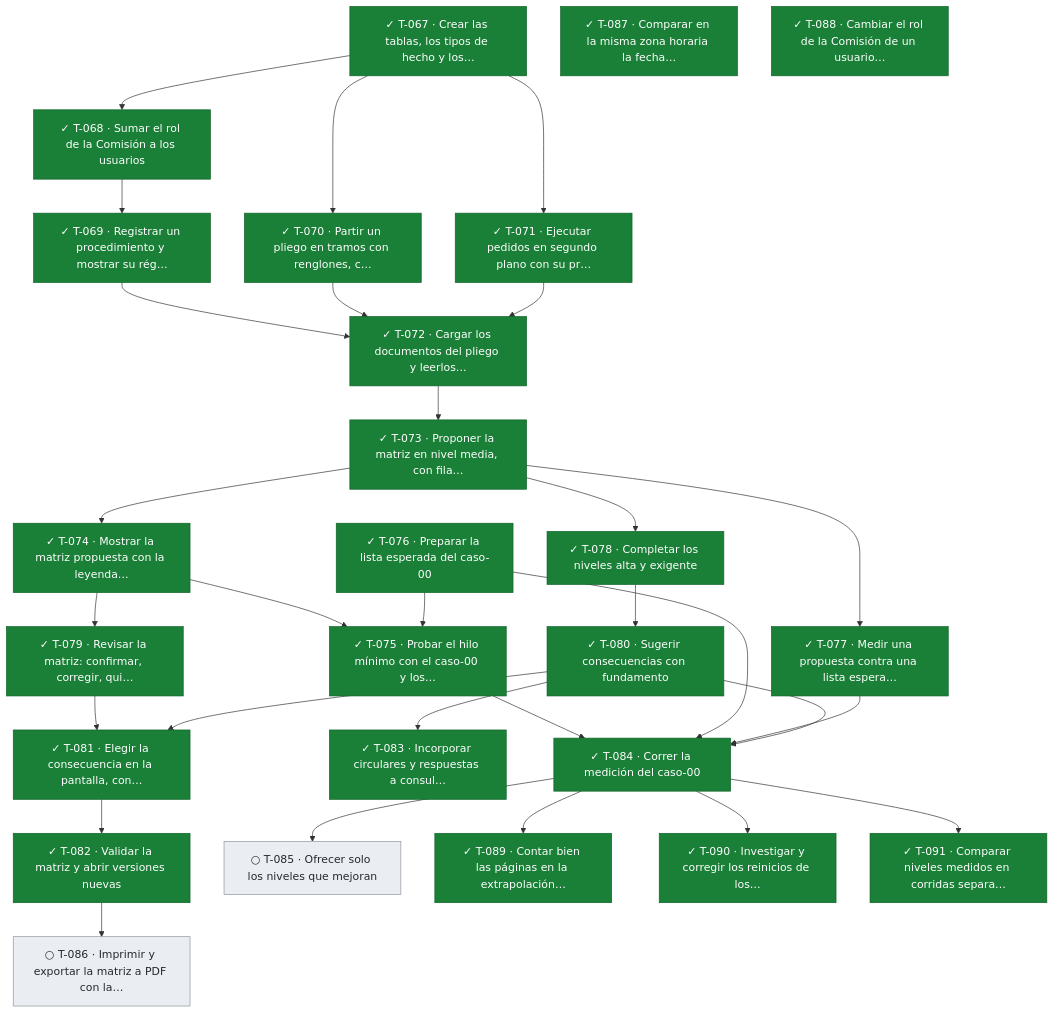
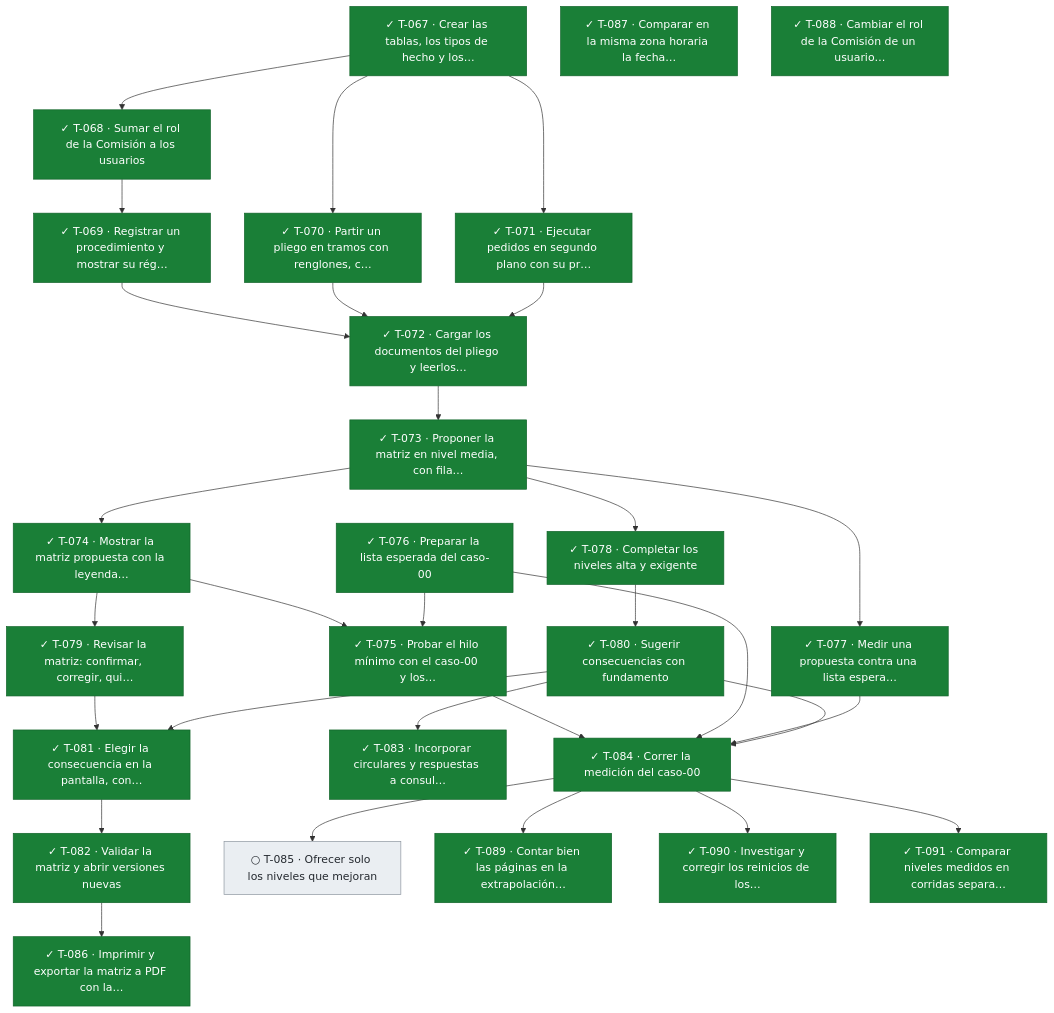
One commit to snavello/EVALUON changed the fifth of 5 diagrams in docs/tablero.md. Above: the diagram before and after it, drawn with Mermaid. The commit also changed other lines of this file and 1 other file, not shown here.

````diff
--- a/docs/tablero.md
+++ b/docs/tablero.md
@@ -404,61 +404,61 @@
 ```mermaid
 flowchart TD
   T067["✓ T-067 · Crear las tablas, los tipos de hecho y los…"]:::done
   T068["✓ T-068 · Sumar el rol de la Comisión a los usuarios"]:::done
   T069["✓ T-069 · Registrar un procedimiento y mostrar su rég…"]:::done
   T070["✓ T-070 · Partir un pliego en tramos con renglones, c…"]:::done
   T071["✓ T-071 · Ejecutar pedidos en segundo plano con su pr…"]:::done
   T072["✓ T-072 · Cargar los documentos del pliego y leerlos…"]:::done
   T073["✓ T-073 · Proponer la matriz en nivel media, con fila…"]:::done
   T074["✓ T-074 · Mostrar la matriz propuesta con la leyenda…"]:::done
   T075["✓ T-075 · Probar el hilo mínimo con el caso-00 y los…"]:::done
   T076["✓ T-076 · Preparar la lista esperada del caso-00"]:::done
   T077["✓ T-077 · Medir una propuesta contra una lista espera…"]:::done
   T078["✓ T-078 · Completar los niveles alta y exigente"]:::done
   T079["✓ T-079 · Revisar la matriz: confirmar, corregir, qui…"]:::done
   T080["✓ T-080 · Sugerir consecuencias con fundamento"]:::done
   T081["✓ T-081 · Elegir la consecuencia en la pantalla, con…"]:::done
   T082["✓ T-082 · Validar la matriz y abrir versiones nuevas"]:::done
   T083["✓ T-083 · Incorporar circulares y respuestas a consul…"]:::done
   T084["✓ T-084 · Correr la medición del caso-00"]:::done
   T085["○ T-085 · Ofrecer solo los niveles que mejoran"]:::todo
-  T086["○ T-086 · Imprimir y exportar la matriz a PDF con la…"]:::todo
+  T086["✓ T-086 · Imprimir y exportar la matriz a PDF con la…"]:::done
   T087["✓ T-087 · Comparar en la misma zona horaria la fecha…"]:::done
   T088["✓ T-088 · Cambiar el rol de la Comisión de un usuario…"]:::done
   T089["✓ T-089 · Contar bien las páginas en la extrapolación…"]:::done
   T090["✓ T-090 · Investigar y corregir los reinicios de los…"]:::done
   T091["✓ T-091 · Comparar niveles medidos en corridas separa…"]:::done
   T067 --> T068
   T068 --> T069
   T067 --> T070
   T067 --> T071
   T069 --> T072
   T070 --> T072
   T071 --> T072
   T072 --> T073
   T073 --> T074
   T074 --> T075
   T076 --> T075
   T073 --> T077
   T073 --> T078
   T074 --> T079
   T078 --> T080
   T079 --> T081
   T080 --> T081
   T081 --> T082
   T080 --> T083
   T075 --> T084
   T076 --> T084
   T077 --> T084
   T080 --> T084
   T084 --> T085
   T082 --> T086
   T084 --> T089
   T084 --> T090
   T084 --> T091
   classDef done fill:#1a7f37,stroke:#116329,color:#ffffff
   classDef review fill:#0969da,stroke:#0550ae,color:#ffffff
   classDef active fill:#bf8700,stroke:#7d4e00,color:#ffffff
   classDef blocked fill:#cf222e,stroke:#a40e26,color:#ffffff
   classDef todo fill:#eaeef2,stroke:#8c959f,color:#24292f
 ```
````
